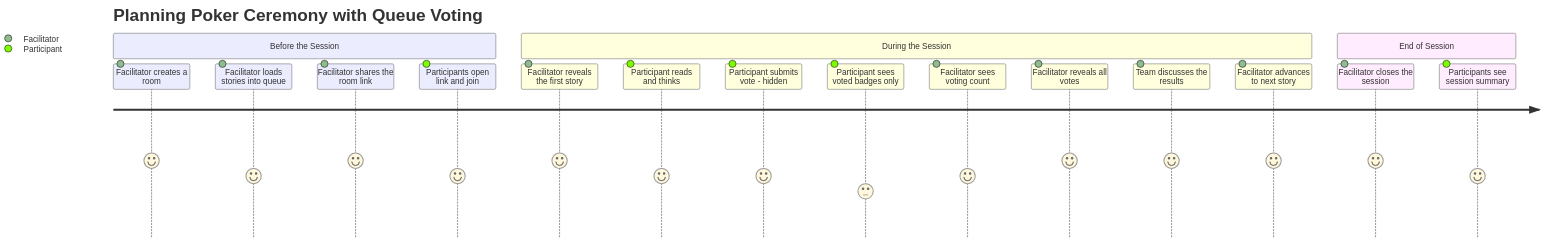
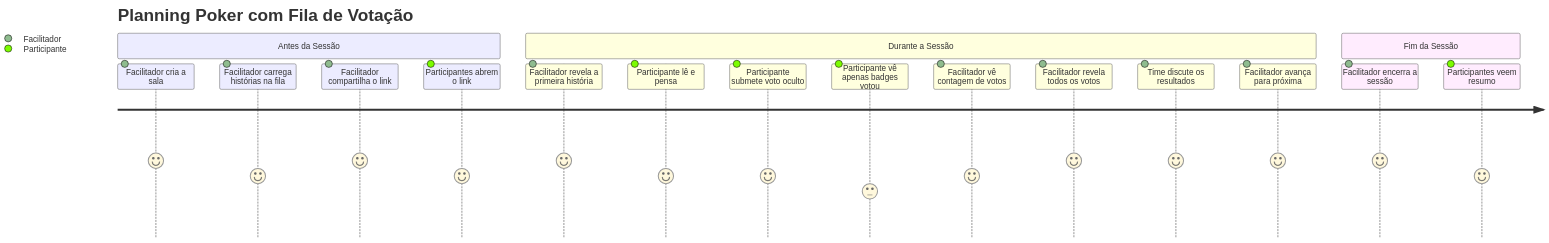
The first of 5 diagrams in case-poker/06.1-product-backlog-queue-voting.md (hugo-hsbtech/teamwork-process), drawn with Mermaid before and after one commit. The commit also changed other lines of this file and 64 other files, not shown here.

````diff
--- a/case-poker/06.1-product-backlog-queue-voting.md
+++ b/case-poker/06.1-product-backlog-queue-voting.md
@@ -42,21 +42,21 @@
 ```mermaid
 journey
-    title Planning Poker Ceremony with Queue Voting
-    section Before the Session
-        Facilitator creates a room: 5: Facilitator
-        Facilitator loads stories into queue: 4: Facilitator
-        Facilitator shares the room link: 5: Facilitator
-        Participants open link and join: 4: Participant
-    section During the Session
-        Facilitator reveals the first story: 5: Facilitator
-        Participant reads and thinks: 4: Participant
-        Participant submits vote - hidden: 4: Participant
-        Participant sees voted badges only: 3: Participant
-        Facilitator sees voting count: 4: Facilitator
-        Facilitator reveals all votes: 5: Facilitator
-        Team discusses the results: 5: Facilitator
-        Facilitator advances to next story: 5: Facilitator
-    section End of Session
-        Facilitator closes the session: 5: Facilitator
-        Participants see session summary: 4: Participant
+    title Planning Poker com Fila de Votação
+    section Antes da Sessão
+        Facilitador cria a sala: 5: Facilitador
+        Facilitador carrega histórias na fila: 4: Facilitador
+        Facilitador compartilha o link: 5: Facilitador
+        Participantes abrem o link: 4: Participante
+    section Durante a Sessão
+        Facilitador revela a primeira história: 5: Facilitador
+        Participante lê e pensa: 4: Participante
+        Participante submete voto oculto: 4: Participante
+        Participante vê apenas badges votou: 3: Participante
+        Facilitador vê contagem de votos: 4: Facilitador
+        Facilitador revela todos os votos: 5: Facilitador
+        Time discute os resultados: 5: Facilitador
+        Facilitador avança para próxima: 5: Facilitador
+    section Fim da Sessão
+        Facilitador encerra a sessão: 5: Facilitador
+        Participantes veem resumo: 4: Participante
 ```
````
